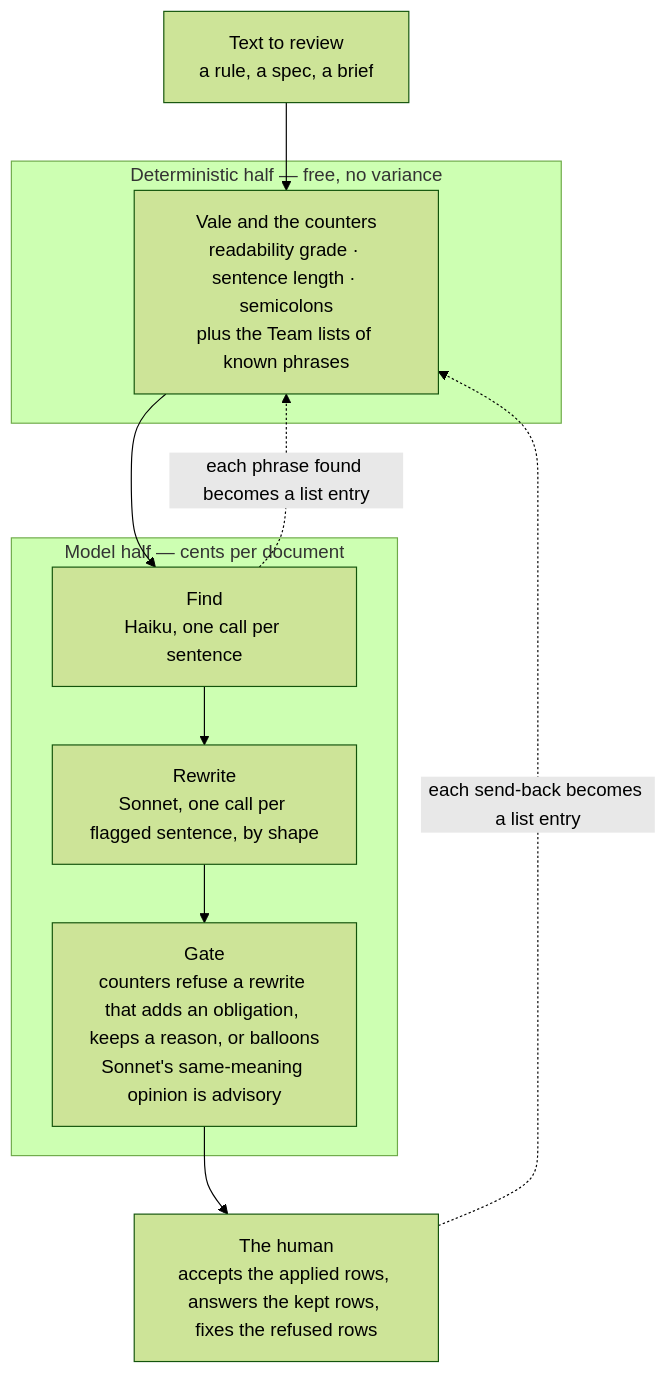
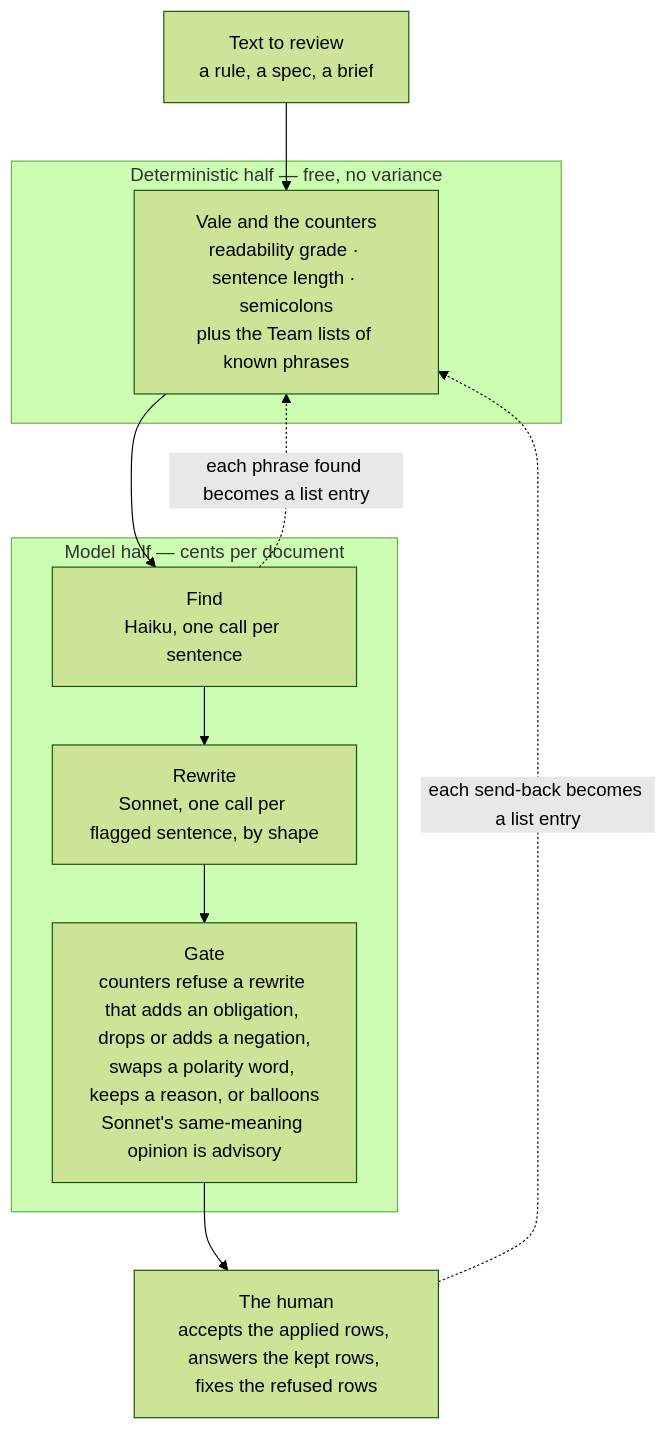
The diagram in README.md (Fermi-Ventures/claudian-translator), drawn with Mermaid (forest theme) before and after one commit. The commit also changed other lines of this file and 4 other files, not shown here.

First line of the commit message:
gate: negation-count and polarity-pair counters (the toaster inversions); README workflow above analysis, prompts-only usage with "that sounds Claudian"; skill handles it

````diff
--- a/README.md
+++ b/README.md
@@ -78,18 +52,18 @@
 ```mermaid
 flowchart TB
   T["Text to review\na rule, a spec, a brief"] --> V
   subgraph D["Deterministic half — free, no variance"]
     V["Vale and the counters\nreadability grade · sentence length · semicolons\nplus the Team lists of known phrases"]
   end
   subgraph M["Model half — cents per document"]
     F["Find\nHaiku, one call per sentence"]
     W["Rewrite\nSonnet, one call per flagged sentence, by shape"]
-    C["Gate\ncounters refuse a rewrite that adds an obligation, keeps a reason, or balloons\nSonnet's same-meaning opinion is advisory"]
+    C["Gate\ncounters refuse a rewrite that adds an obligation, drops or adds a negation,\nswaps a polarity word, keeps a reason, or balloons\nSonnet's same-meaning opinion is advisory"]
     F --> W --> C
   end
   V --> F
   C --> H
   H["The human\naccepts the applied rows, answers the kept rows, fixes the refused rows"]
   F -. "each phrase found becomes a list entry" .-> V
   H -. "each send-back becomes a list entry" .-> V
 ```
````
